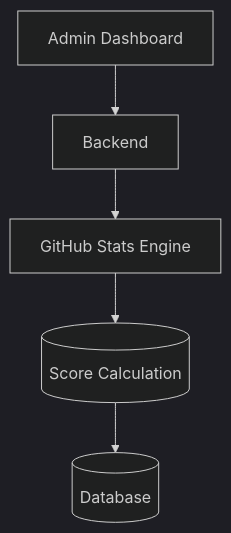
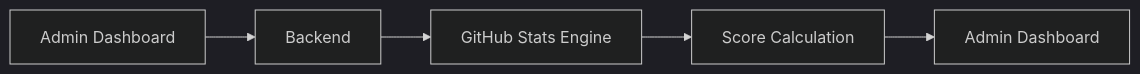
One commit to YashKerkarTech04/YAR-Coin-2.0 changed the fourth of 10 diagrams in README.md. Above: the diagram before and after it, drawn with Mermaid (dark theme). The commit also changed other lines of this file, not shown here.

````diff
--- a/README.md
+++ b/README.md
@@ -117,7 +117,7 @@
 ```mermaid
-flowchart TD
+flowchart LR
     A[Admin Dashboard] --> B[Backend]
     B --> C[GitHub Stats Engine]
-    C --> D[(Score Calculation)]
-    D --> E[(Database)]
+    C --> D[Score Calculation]
+    D --> E[Admin Dashboard]
 ```
````
